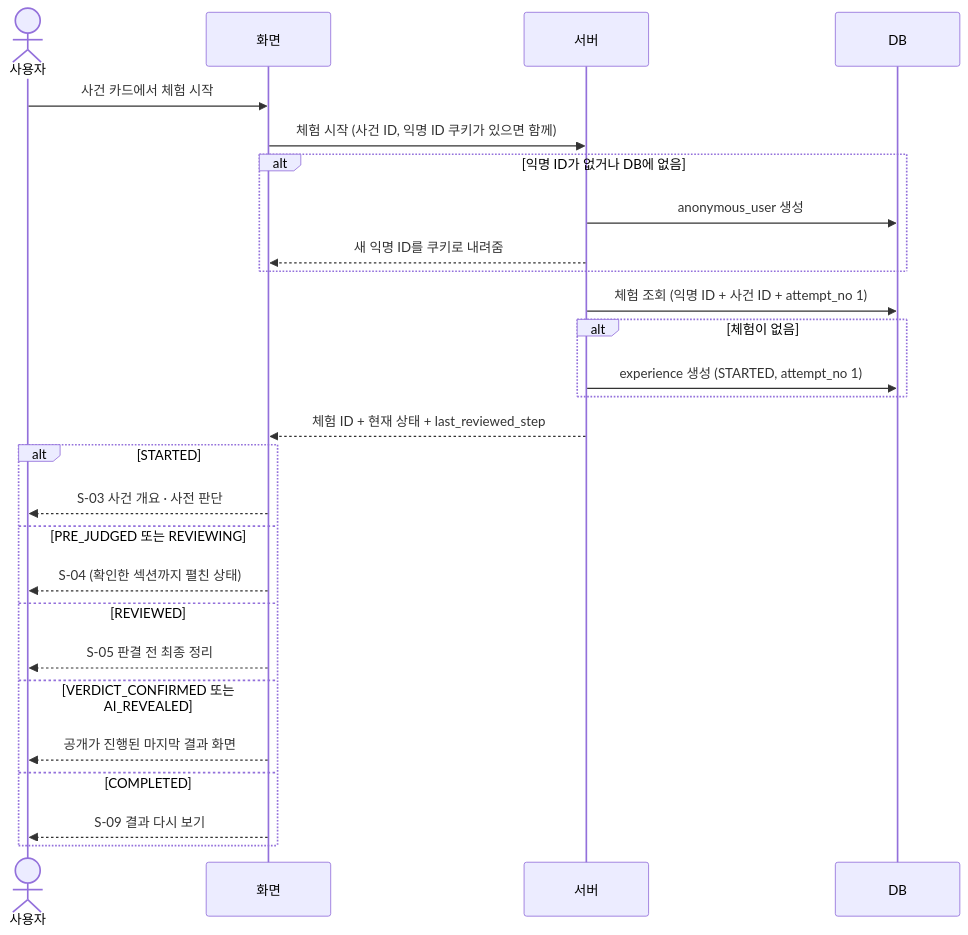
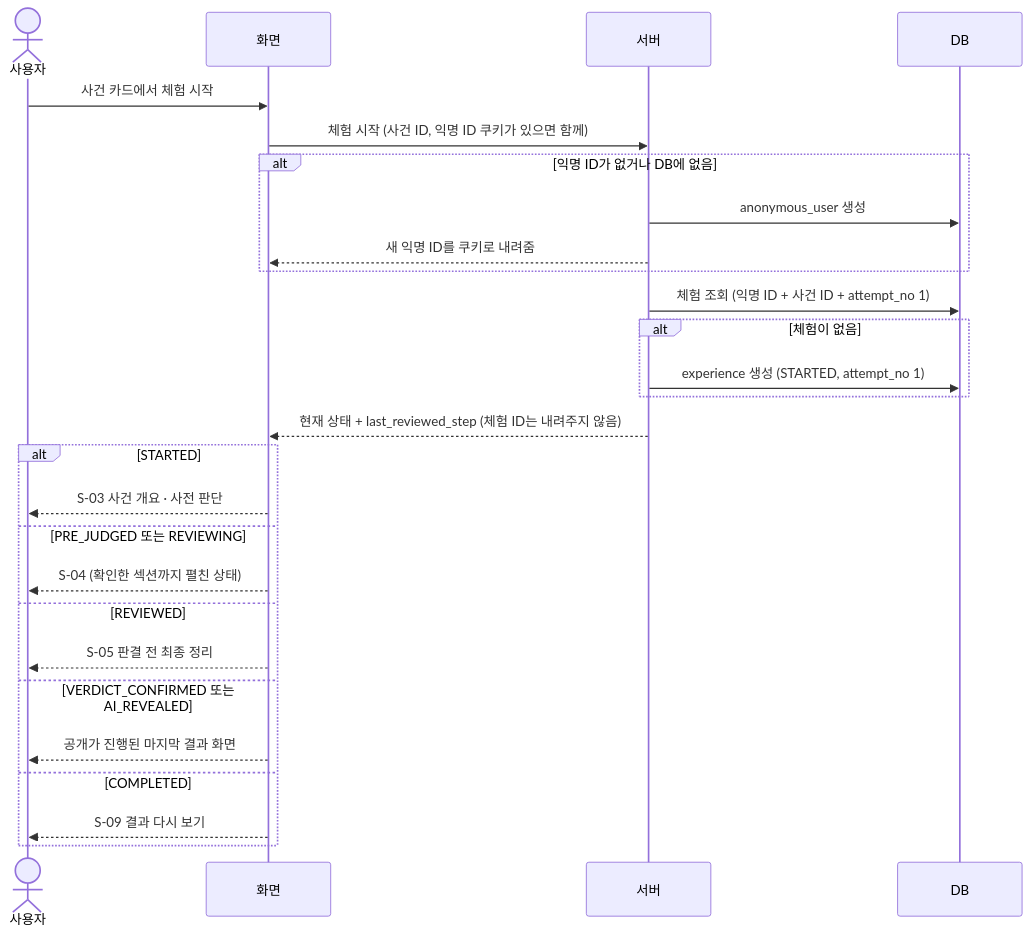
The second of 7 diagrams in docs/sequence-diagram.md (prgrms-aibe-devcourse/AIBE7_FinalProject_Team2), drawn with Mermaid before and after one commit. The commit also changed other lines of this file and 1 other file, not shown here.

Commit message:
docs : COMMON-4 API 명세 · 시퀀스 다이어그램에 정합성 점검 결정 반영

````diff
--- a/docs/sequence-diagram.md
+++ b/docs/sequence-diagram.md
@@ -63,30 +70,30 @@
 ```mermaid
 sequenceDiagram
     actor U as 사용자
     participant F as 화면
     participant S as 서버
     participant D as DB
  
     U->>F: 사건 카드에서 체험 시작
     F->>S: 체험 시작 (사건 ID, 익명 ID 쿠키가 있으면 함께)
     alt 익명 ID가 없거나 DB에 없음
         S->>D: anonymous_user 생성
         S-->>F: 새 익명 ID를 쿠키로 내려줌
     end
     S->>D: 체험 조회 (익명 ID + 사건 ID + attempt_no 1)
     alt 체험이 없음
         S->>D: experience 생성 (STARTED, attempt_no 1)
     end
-    S-->>F: 체험 ID + 현재 상태 + last_reviewed_step
+    S-->>F: 현재 상태 + last_reviewed_step (체험 ID는 내려주지 않음)
     alt STARTED
         F-->>U: S-03 사건 개요 · 사전 판단
     else PRE_JUDGED 또는 REVIEWING
         F-->>U: S-04 (확인한 섹션까지 펼친 상태)
     else REVIEWED
         F-->>U: S-05 판결 전 최종 정리
     else VERDICT_CONFIRMED 또는 AI_REVEALED
         F-->>U: 공개가 진행된 마지막 결과 화면
     else COMPLETED
         F-->>U: S-09 결과 다시 보기
     end
 ```
````
